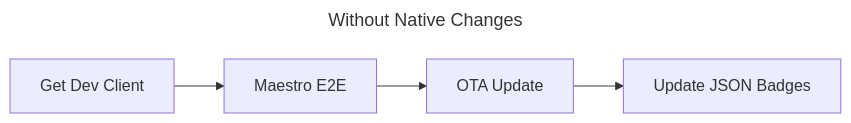
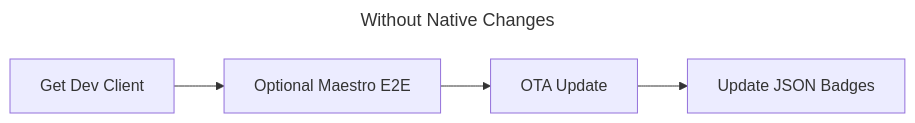
Before and after one commit to nicolas-godefroy-dev/ng-bike: the second of 2 diagrams in apps/app/README.md, drawn with Mermaid.

````diff
--- a/apps/app/README.md
+++ b/apps/app/README.md
@@ -31,11 +31,11 @@
 ```mermaid
 ---
 title: Without Native Changes
 ---
 flowchart LR
   getDevBuild[Get Dev Client]
-  e2eTest[Maestro E2E]
+  e2eTest[Optional Maestro E2E]
   otaUpdate[OTA Update]
   updateReadme[Update JSON Badges]
   getDevBuild --> e2eTest --> otaUpdate --> updateReadme
 ```
````
